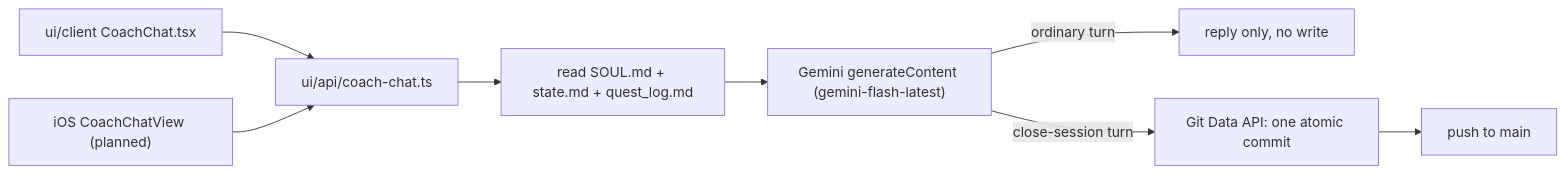
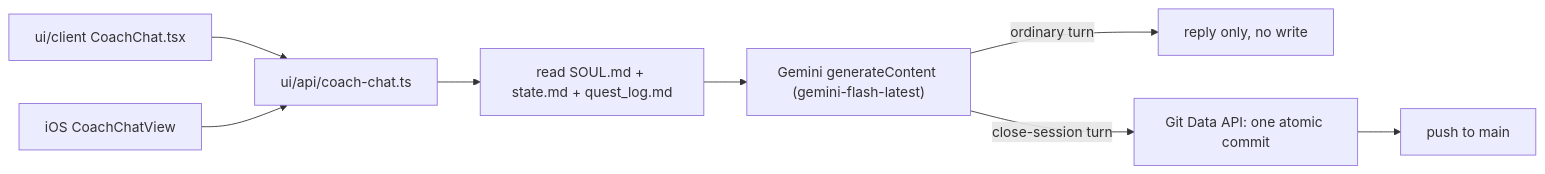
The first of 2 diagrams in engine/docs/coach-chat-flow.md (sibling-shipyard/coach-hq), drawn with Mermaid before and after one commit. The commit also changed other lines of this file and 4 other files, not shown here.

First line of the commit message:
feat: native iOS coach chat

````diff
--- a/engine/docs/coach-chat-flow.md
+++ b/engine/docs/coach-chat-flow.md
@@ -13,10 +13,10 @@
 ```mermaid
 flowchart LR
     web["ui/client CoachChat.tsx"] --> api["ui/api/coach-chat.ts"]
-    ios["iOS CoachChatView (planned)"] --> api
+    ios["iOS CoachChatView"] --> api
     api --> ctx["read SOUL.md + state.md + quest_log.md"]
     ctx --> gemini["Gemini generateContent (gemini-flash-latest)"]
     gemini -- "ordinary turn" --> reply["reply only, no write"]
     gemini -- "close-session turn" --> gitdata["Git Data API: one atomic commit"]
     gitdata --> repo["push to main"]
 ```
````
